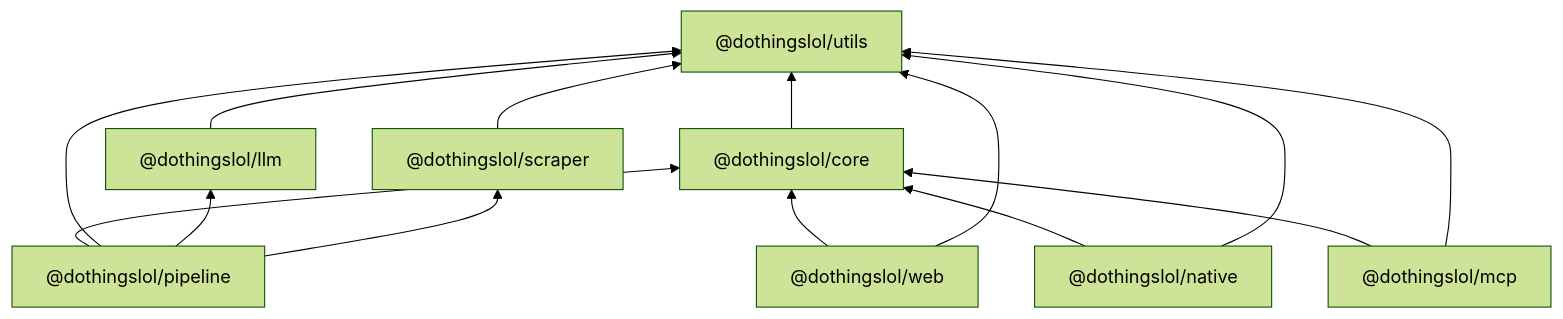
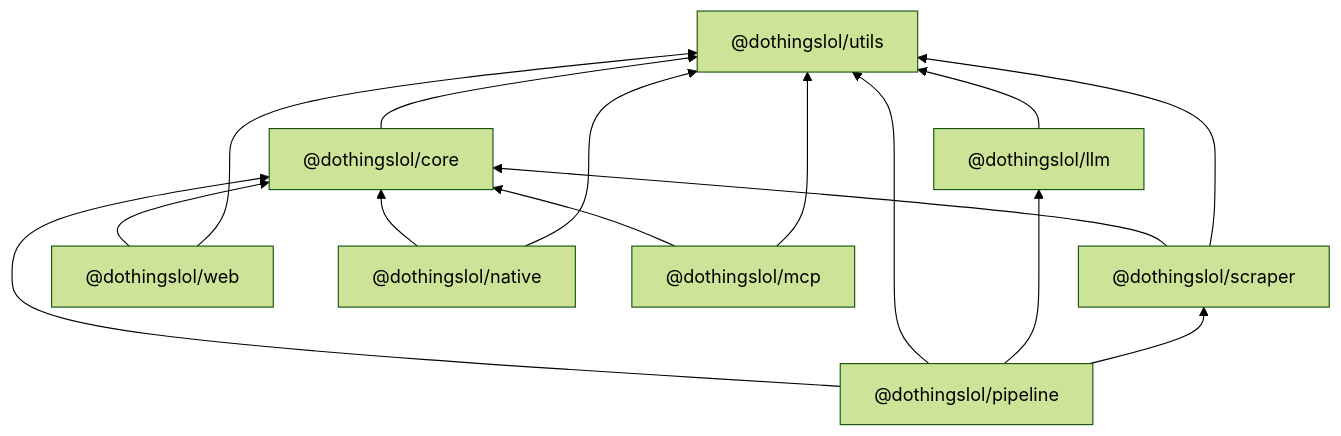
One commit to Amnesthesia/eventyr changed the diagram in docs/monorepo/PLAN.md. Above: the diagram before and after it, drawn with Mermaid (forest theme). The commit also changed other lines of this file and 16 other files, not shown here.

````diff
--- a/docs/monorepo/PLAN.md
+++ b/docs/monorepo/PLAN.md
@@ -183,11 +184,11 @@
 ```mermaid
 flowchart BT
   utils["@dothingslol/utils"]
   core["@dothingslol/core"] --> utils
   llm["@dothingslol/llm"] --> utils
-  scraper["@dothingslol/scraper"] --> utils
+  scraper["@dothingslol/scraper"] --> core & utils
   pipeline["@dothingslol/pipeline"] --> core & utils & llm & scraper
   web["@dothingslol/web"] --> core & utils
   native["@dothingslol/native"] --> core & utils
   mcp["@dothingslol/mcp"] --> core & utils
 ```
````
